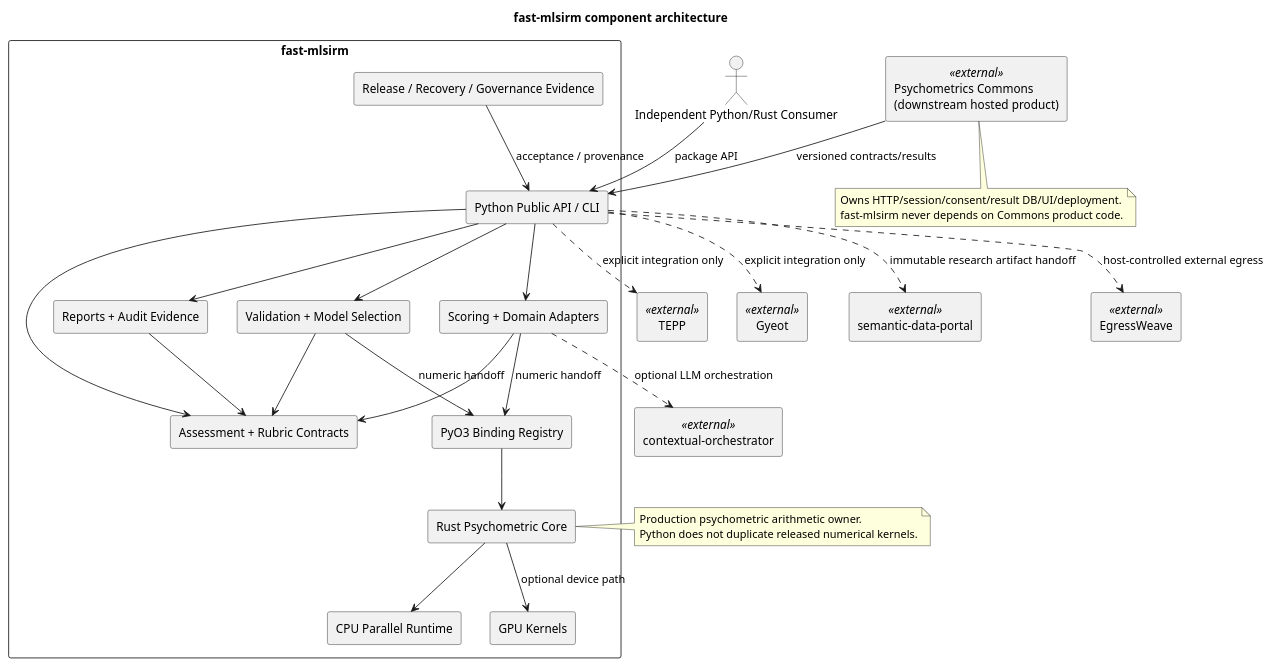
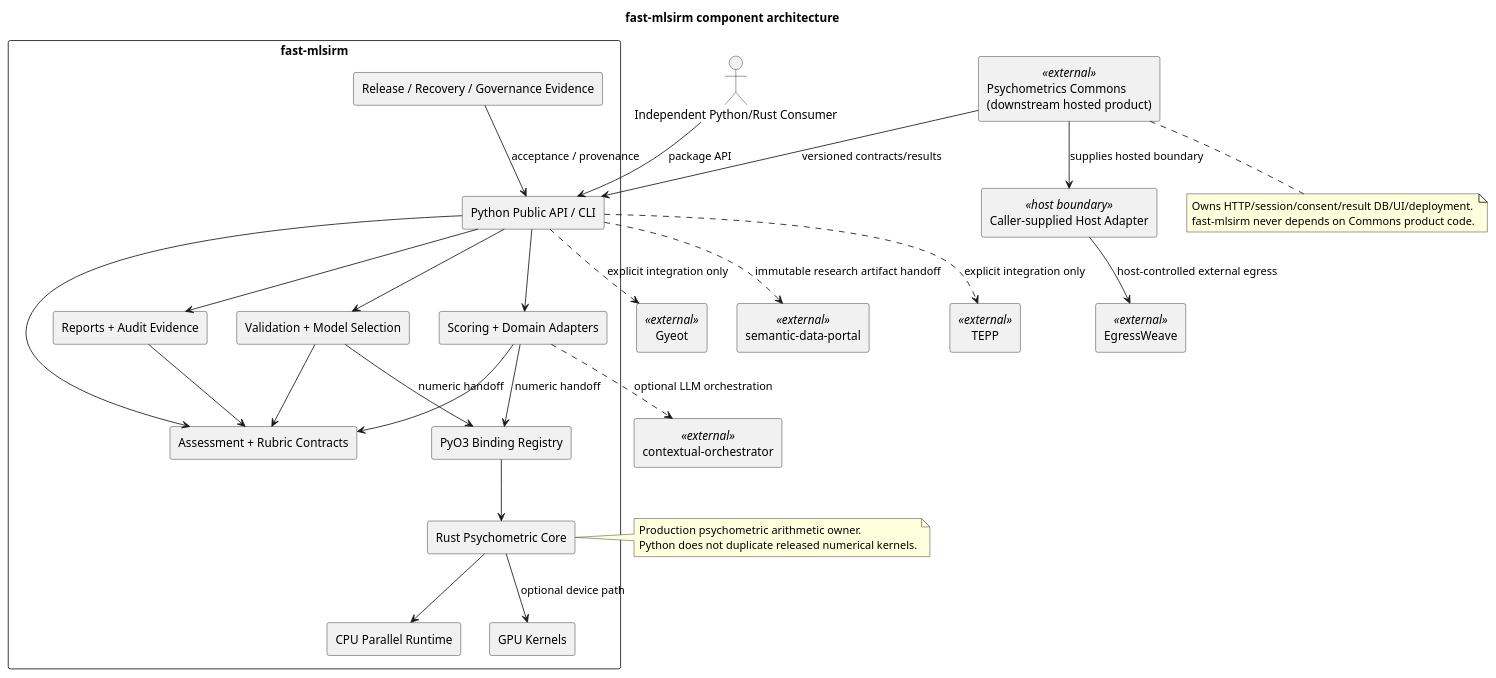
The diagram in docs/uml/component.puml (ContextualWisdomLab/fast-mlsirm), drawn with PlantUML before and after one commit. The commit also changed 16 other files, not shown here.

Commit message:
fix(docs): complete canonical architecture contract

```diff
--- a/docs/uml/component.puml
+++ b/docs/uml/component.puml
@@ -1,62 +1,64 @@
 @startuml
 skinparam componentStyle rectangle
 skinparam shadowing false
 skinparam packageStyle rectangle
 
 title fast-mlsirm component architecture
 
 actor "Independent Python/Rust Consumer" as Consumer
 component "Psychometrics Commons\n(downstream hosted product)" as Commons <<external>>
+component "Caller-supplied Host Adapter" as HostAdapter <<host boundary>>
 
 package "fast-mlsirm" {
   component "Python Public API / CLI" as PyAPI
   component "Assessment + Rubric Contracts" as Contracts
   component "Scoring + Domain Adapters" as Scoring
   component "Validation + Model Selection" as Validation
   component "Reports + Audit Evidence" as Reports
   component "PyO3 Binding Registry" as PyO3
   component "Rust Psychometric Core" as RustCore
   component "CPU Parallel Runtime" as CPU
   component "GPU Kernels" as GPU
   component "Release / Recovery / Governance Evidence" as Evidence
 }
 
 component "contextual-orchestrator" as Orchestrator <<external>>
 component "TEPP" as TEPP <<external>>
 component "Gyeot" as Gyeot <<external>>
 component "semantic-data-portal" as Portal <<external>>
 component "EgressWeave" as Egress <<external>>
 
 Consumer --> PyAPI : package API
+Commons --> HostAdapter : supplies hosted boundary
 Commons --> PyAPI : versioned contracts/results
 PyAPI --> Contracts
 PyAPI --> Scoring
 PyAPI --> Validation
 Scoring --> Contracts
 Validation --> Contracts
 Scoring --> PyO3 : numeric handoff
 Validation --> PyO3 : numeric handoff
 PyO3 --> RustCore
 RustCore --> CPU
 RustCore --> GPU : optional device path
 PyAPI --> Reports
 Reports --> Contracts
 Evidence --> PyAPI : acceptance / provenance
 
 Scoring ..> Orchestrator : optional LLM orchestration
 PyAPI ..> TEPP : explicit integration only
 PyAPI ..> Gyeot : explicit integration only
 PyAPI ..> Portal : immutable research artifact handoff
-PyAPI ..> Egress : host-controlled external egress
+HostAdapter --> Egress : host-controlled external egress
 
 note right of RustCore
   Production psychometric arithmetic owner.
   Python does not duplicate released numerical kernels.
 end note
 
 note bottom of Commons
   Owns HTTP/session/consent/result DB/UI/deployment.
   fast-mlsirm never depends on Commons product code.
 end note
 
 @enduml
```
